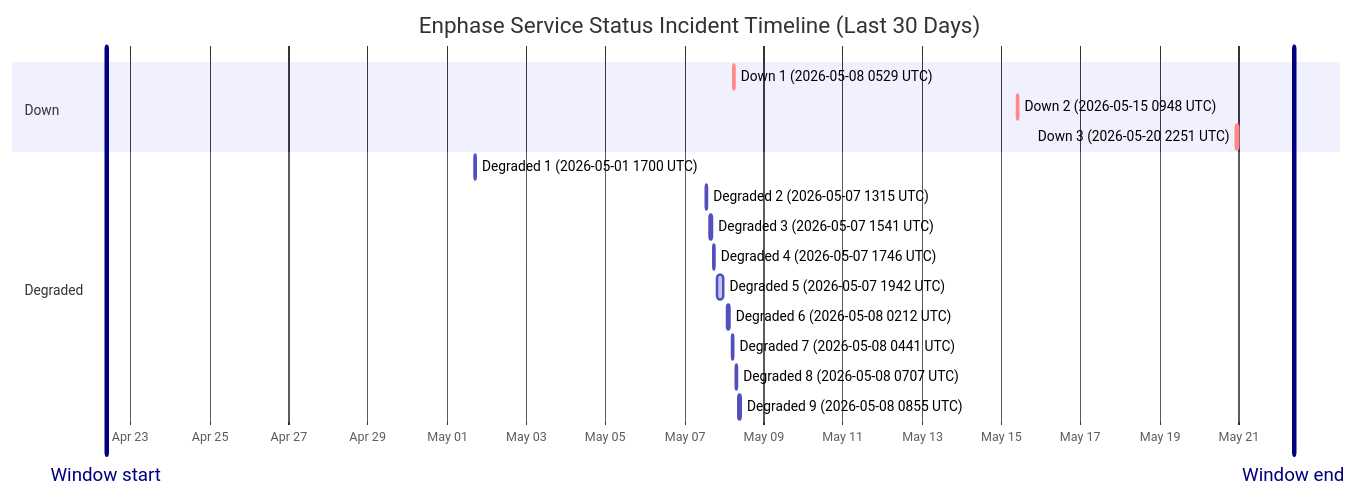
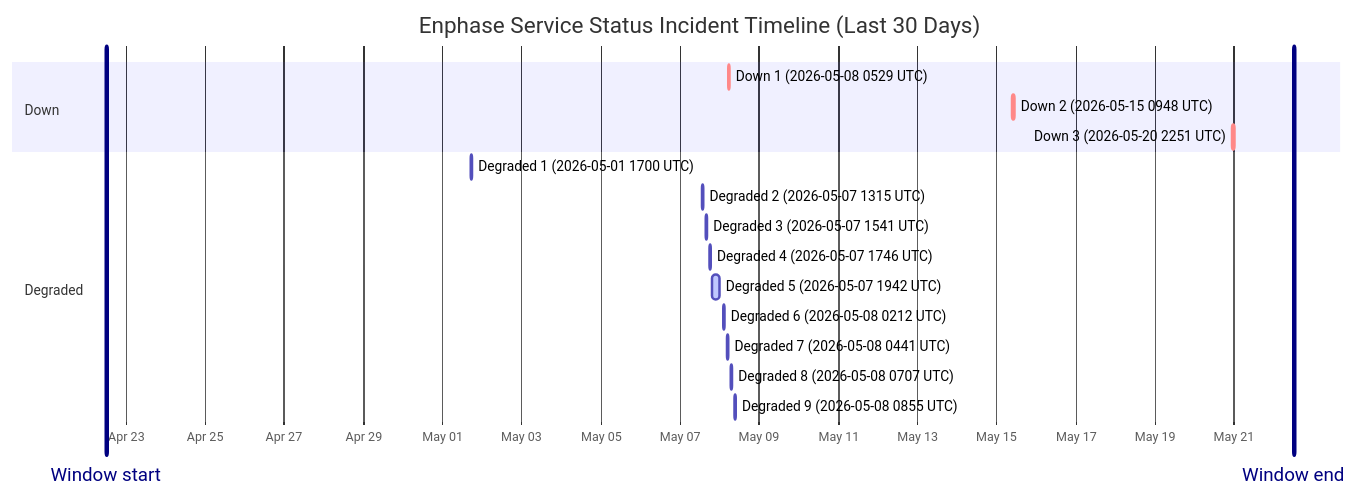
One commit to barneyonline/ha-enphase-ev-charger changed the diagram in wiki/Service-Status-History.md. Above: the diagram before and after it, drawn with Mermaid. The commit also changed other lines of this file and 3 other files, not shown here.

````diff
--- a/wiki/Service-Status-History.md
+++ b/wiki/Service-Status-History.md
@@ -14,22 +14,22 @@
 ```mermaid
 gantt
     title Enphase Service Status Incident Timeline (Last 30 Days)
     dateFormat  YYYY-MM-DDTHH:mm:ss
     axisFormat  %b %d
-    Window start :vert, window-start, 2026-04-22T09:20:24, 0ms
-    Window end :vert, window-end, 2026-05-22T09:20:24, 0ms
+    Window start :vert, window-start, 2026-04-22T12:04:01, 0ms
+    Window end :vert, window-end, 2026-05-22T12:04:01, 0ms
     section Down
     Down 1 (2026-05-08 0529 UTC) :crit, down-1, 2026-05-08T05:29:47, 60m
     Down 2 (2026-05-15 0948 UTC) :crit, down-2, 2026-05-15T09:48:18, 60m
     Down 3 (2026-05-20 2251 UTC) :crit, down-3, 2026-05-20T22:51:14, 75m
     section Degraded
     Degraded 1 (2026-05-01 1700 UTC) :active, degraded-1, 2026-05-01T17:00:22, 60m
     Degraded 2 (2026-05-07 1315 UTC) :active, degraded-2, 2026-05-07T13:15:25, 60m
     Degraded 3 (2026-05-07 1541 UTC) :active, degraded-3, 2026-05-07T15:41:58, 60m
     Degraded 4 (2026-05-07 1746 UTC) :active, degraded-4, 2026-05-07T17:46:51, 60m
     Degraded 5 (2026-05-07 1942 UTC) :active, degraded-5, 2026-05-07T19:42:10, 249m
     Degraded 6 (2026-05-08 0212 UTC) :active, degraded-6, 2026-05-08T02:12:39, 60m
     Degraded 7 (2026-05-08 0441 UTC) :active, degraded-7, 2026-05-08T04:41:46, 60m
     Degraded 8 (2026-05-08 0707 UTC) :active, degraded-8, 2026-05-08T07:07:30, 60m
     Degraded 9 (2026-05-08 0855 UTC) :active, degraded-9, 2026-05-08T08:55:20, 88m
 ```
````
